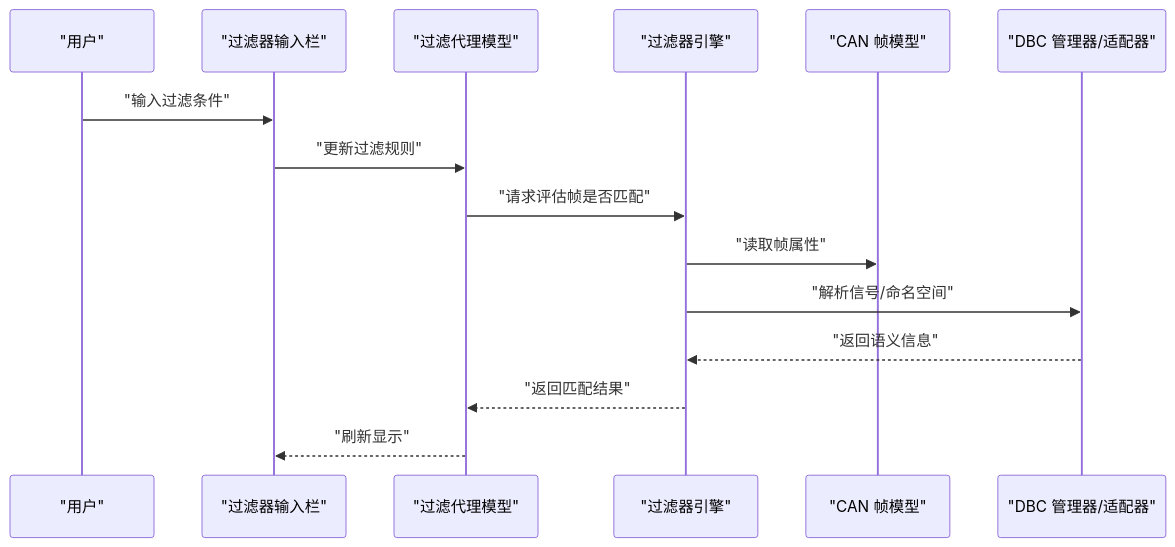
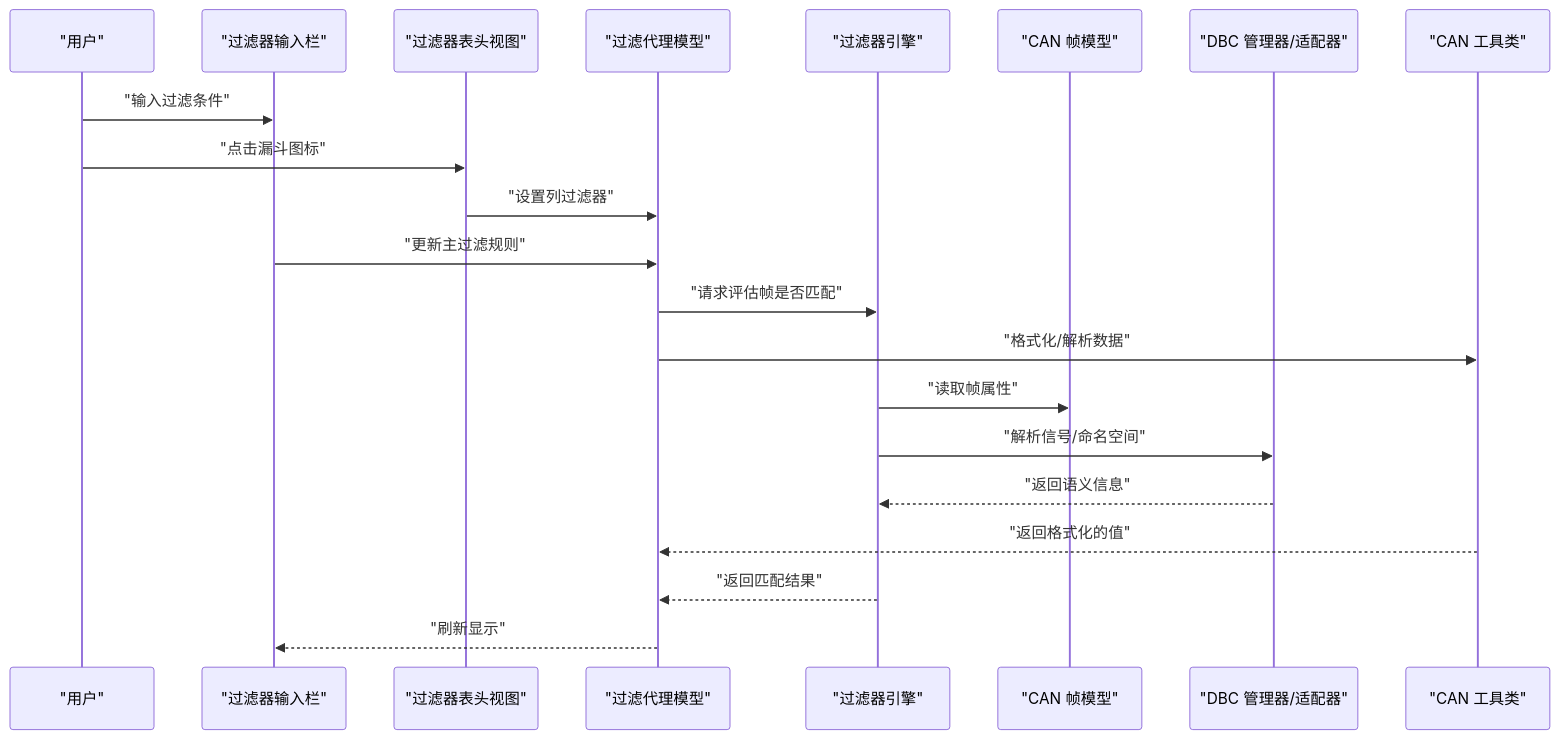
Before and after one commit to jakecai1225-design/OpenBus: the second of 4 diagrams in .qoder/repowiki/zh/content/核心模块详解/过滤器引擎.md, drawn with Mermaid. The commit also changed other lines of this file and 13 other files, not shown here.

````diff
--- a/.qoder/repowiki/zh/content/核心模块详解/过滤器引擎.md
+++ b/.qoder/repowiki/zh/content/核心模块详解/过滤器引擎.md
@@ -105,17 +127,23 @@
 ```mermaid
 sequenceDiagram
 participant User as "用户"
 participant UI as "过滤器输入栏"
+participant FHV as "过滤器表头视图"
 participant Model as "过滤代理模型"
 participant Engine as "过滤器引擎"
 participant Frame as "CAN 帧模型"
 participant DBC as "DBC 管理器/适配器"
+participant Utils as "CAN 工具类"
 User->>UI : "输入过滤条件"
-UI->>Model : "更新过滤规则"
+User->>FHV : "点击漏斗图标"
+FHV->>Model : "设置列过滤器"
+UI->>Model : "更新主过滤规则"
 Model->>Engine : "请求评估帧是否匹配"
+Model->>Utils : "格式化/解析数据"
 Engine->>Frame : "读取帧属性"
 Engine->>DBC : "解析信号/命名空间"
 DBC-->>Engine : "返回语义信息"
+Utils-->>Model : "返回格式化的值"
 Engine-->>Model : "返回匹配结果"
 Model-->>UI : "刷新显示"
 ```
````
